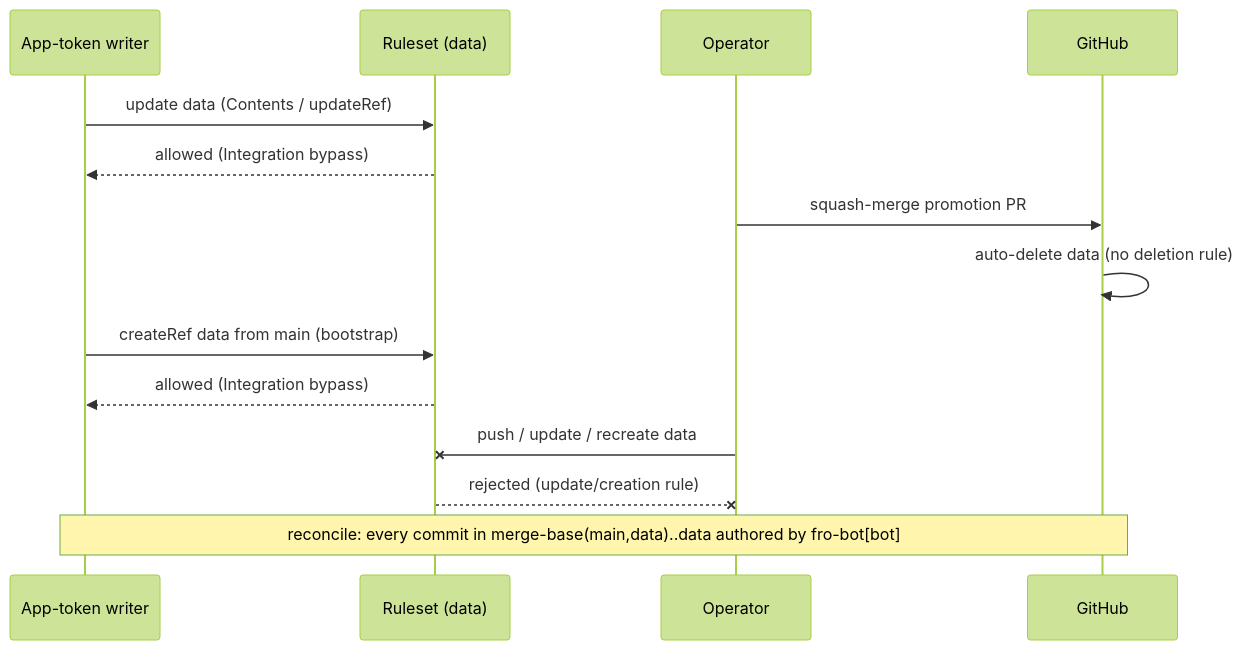
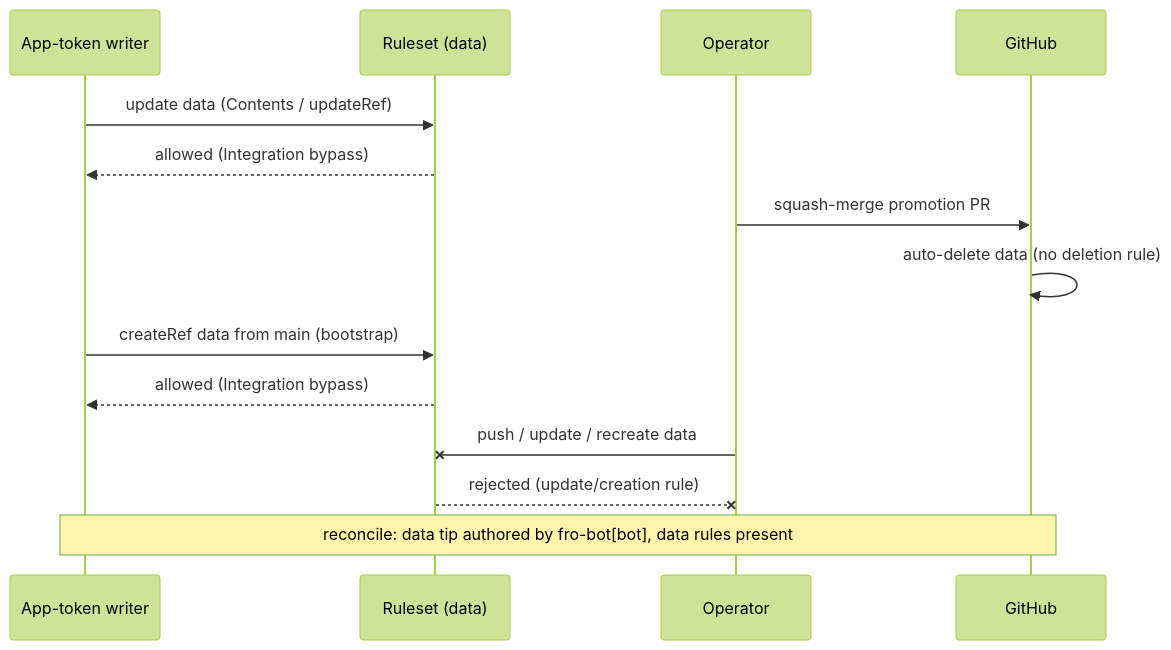
Before and after one commit to fro-bot/.github: the diagram in docs/plans/2026-09-26-001-feat-data-branch-app-only-ruleset-plan.md, drawn with Mermaid (forest theme). The commit also changed other lines of this file and 5 other files, not shown here.

Commit message:
fix: require App-only data tip and verify data rules in reconcile (#4052)

````diff
--- a/docs/plans/2026-09-26-001-feat-data-branch-app-only-ruleset-plan.md
+++ b/docs/plans/2026-09-26-001-feat-data-branch-app-only-ruleset-plan.md
@@ -170,16 +169,16 @@
 ```mermaid
 sequenceDiagram
   participant W as App-token writer
   participant R as Ruleset (data)
   participant O as Operator
   participant G as GitHub
   W->>R: update data (Contents / updateRef)
   R-->>W: allowed (Integration bypass)
   O->>G: squash-merge promotion PR
   G->>G: auto-delete data (no deletion rule)
   W->>R: createRef data from main (bootstrap)
   R-->>W: allowed (Integration bypass)
   O-xR: push / update / recreate data
   R--xO: rejected (update/creation rule)
-  Note over W,G: reconcile: every commit in merge-base(main,data)..data authored by fro-bot[bot]
+  Note over W,G: reconcile: data tip authored by fro-bot[bot], data rules present
 ```
````
